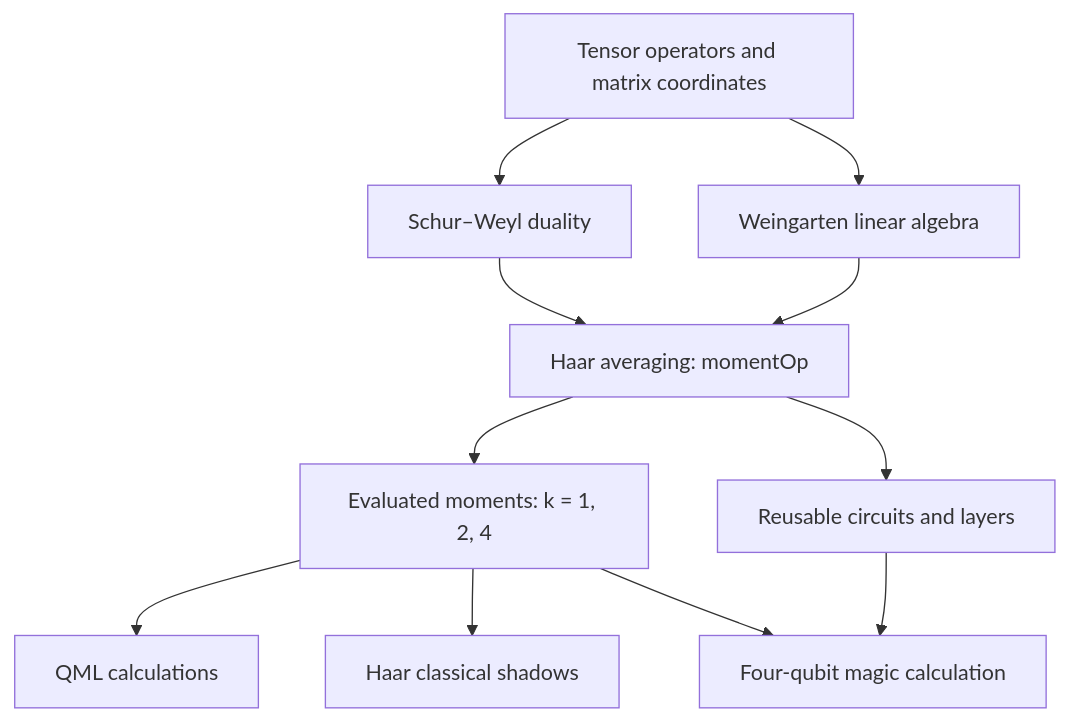
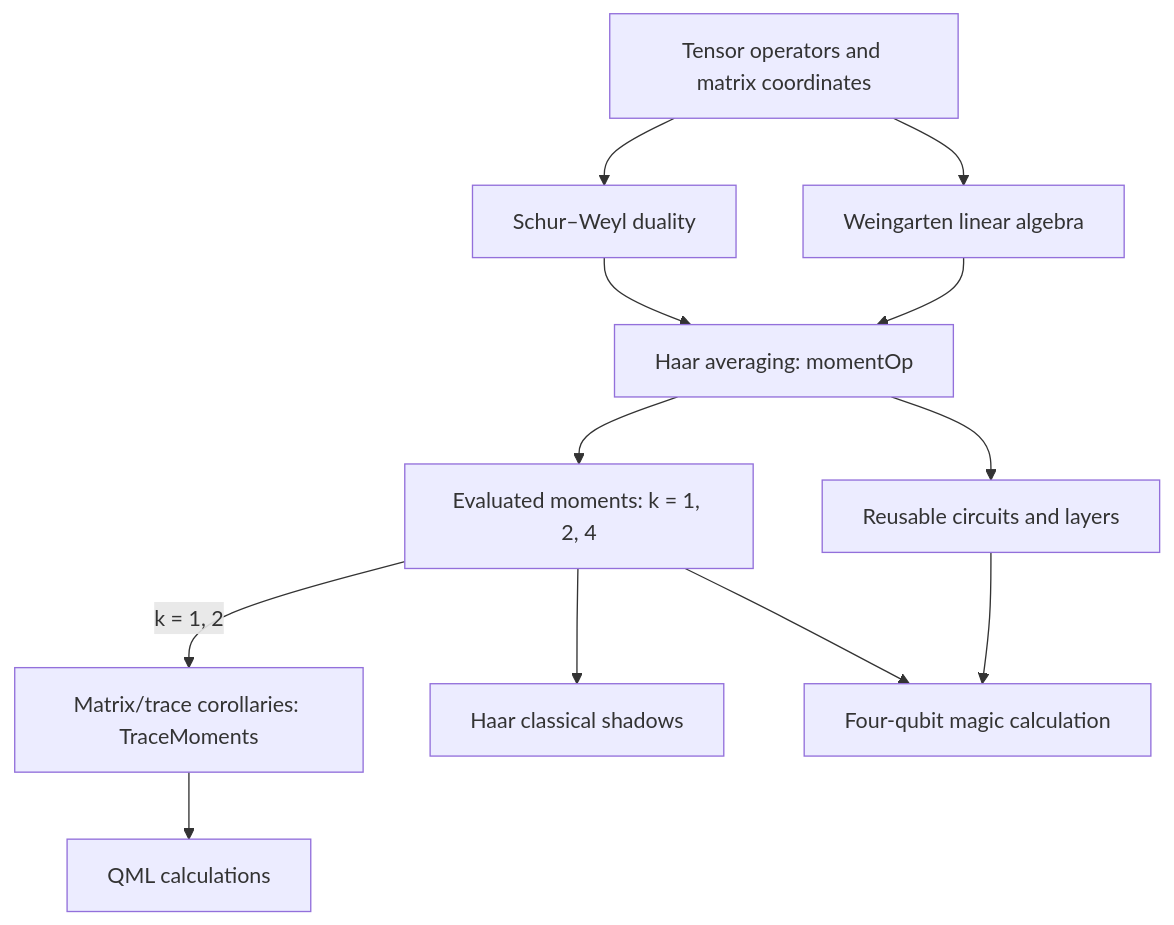
Before and after one commit to teng10/lean-haar: the first of 6 diagrams in docs/ModuleMap.md, drawn with Mermaid. The commit also changed other lines of this file and 18 other files, not shown here.

````diff
--- a/docs/ModuleMap.md
+++ b/docs/ModuleMap.md
@@ -14,13 +20,14 @@
 ```mermaid
 flowchart TD
   T["Tensor operators and matrix coordinates"] --> S["Schur–Weyl duality"]
   T --> W["Weingarten linear algebra"]
   S --> H["Haar averaging: momentOp"]
   W --> H
   H --> M["Evaluated moments: k = 1, 2, 4"]
   H --> C["Reusable circuits and layers"]
-  M --> Q["QML calculations"]
+  M -->|"k = 1, 2"| TM["Matrix/trace corollaries: TraceMoments"]
+  TM --> Q["QML calculations"]
   M --> CS["Haar classical shadows"]
   M --> MM["Four-qubit magic calculation"]
   C --> MM
 ```
````
